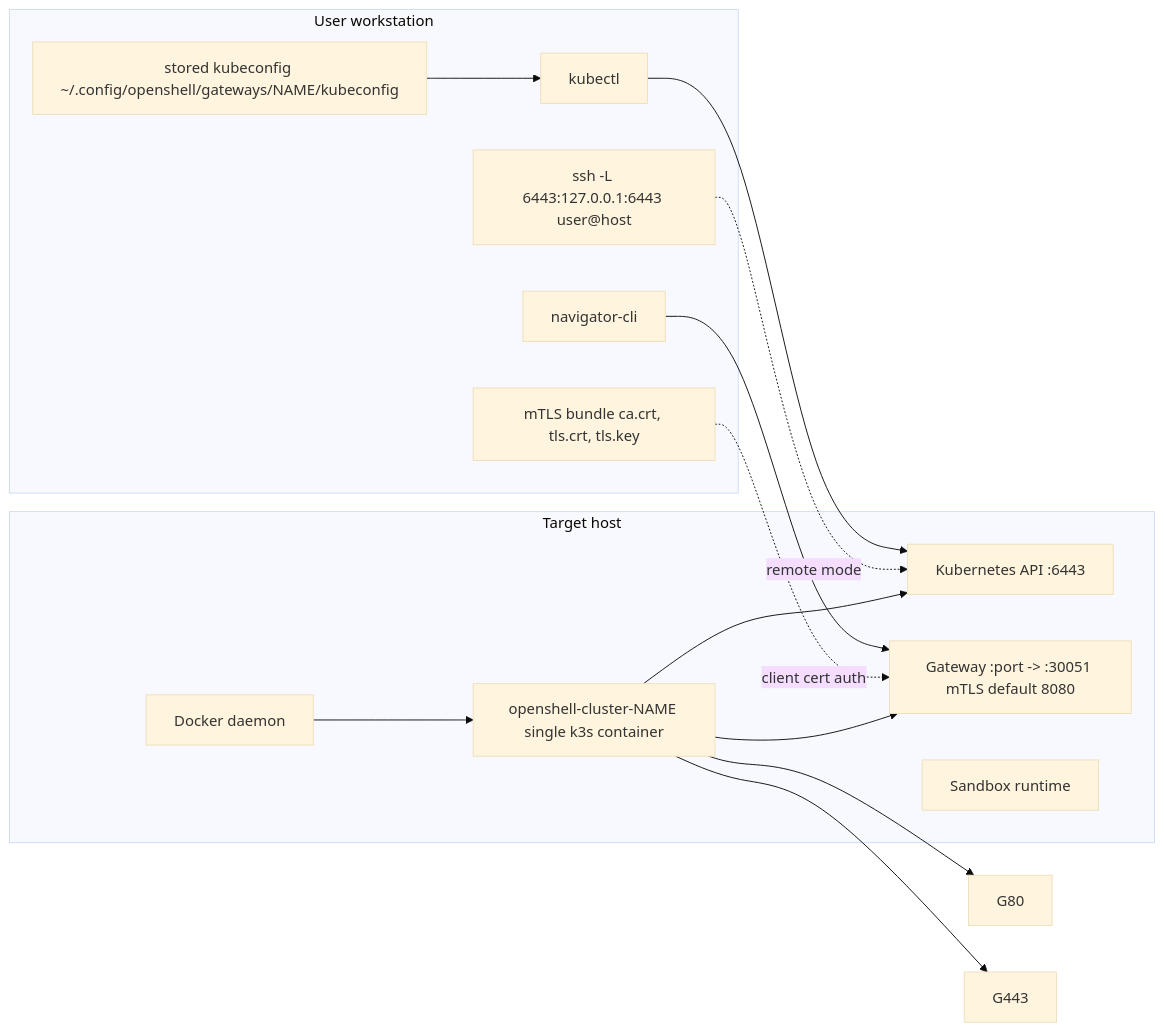
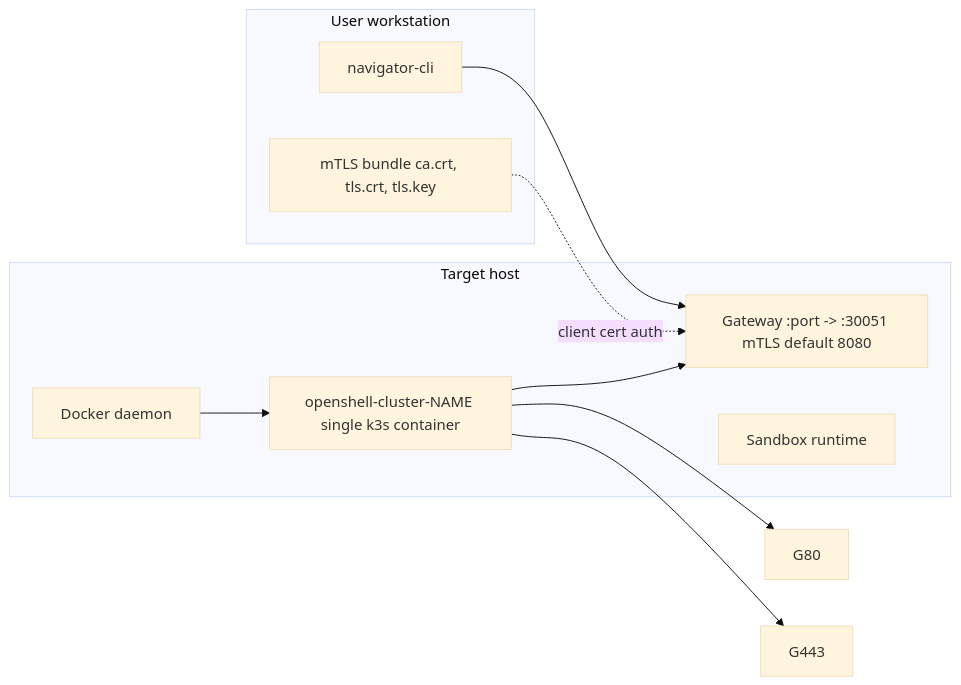
One commit to NVIDIA/OpenShell changed the second of 3 diagrams in architecture/gateway-single-node.md. Above: the diagram before and after it, drawn with Mermaid (base theme). The commit also changed other lines of this file and 29 other files, not shown here.

````diff
--- a/architecture/gateway-single-node.md
+++ b/architecture/gateway-single-node.md
@@ -112,31 +110,22 @@
 ```mermaid
 flowchart LR
   subgraph WS[User workstation]
     NAV[navigator-cli]
-    KUBECTL[kubectl]
-    KC[stored kubeconfig ~/.config/openshell/gateways/NAME/kubeconfig]
     MTLS[mTLS bundle ca.crt, tls.crt, tls.key]
-    TUN[ssh -L 6443:127.0.0.1:6443 user@host]
   end
 
   subgraph HOST[Target host]
     DOCKER[Docker daemon]
     K3S[openshell-cluster-NAME single k3s container]
-    KAPI[Kubernetes API :6443]
     G8080[Gateway :port -> :30051 mTLS default 8080]
     SBX[Sandbox runtime]
   end
-
-  KC --> KUBECTL
-  KUBECTL --> KAPI
-  TUN -. remote mode .-> KAPI
 
   NAV --> G8080
   MTLS -. client cert auth .-> G8080
 
   DOCKER --> K3S
-  K3S --> KAPI
   K3S --> G8080
   K3S --> G80
   K3S --> G443
 ```
````
